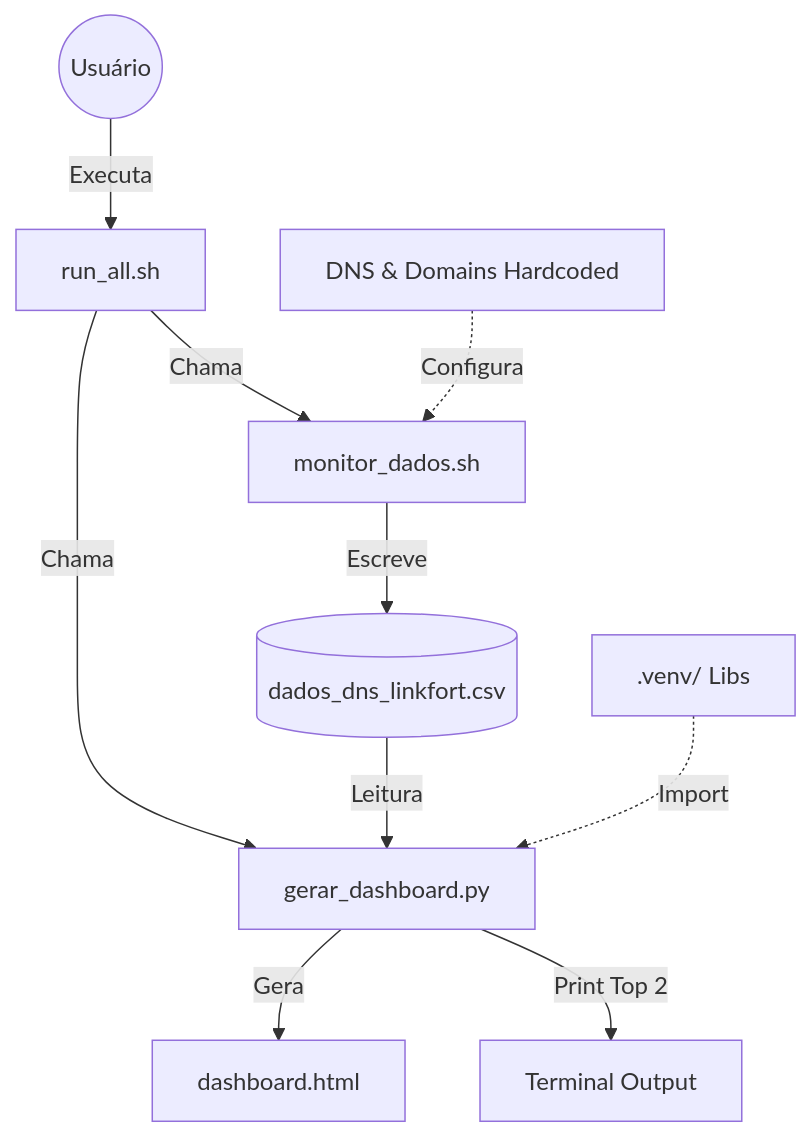
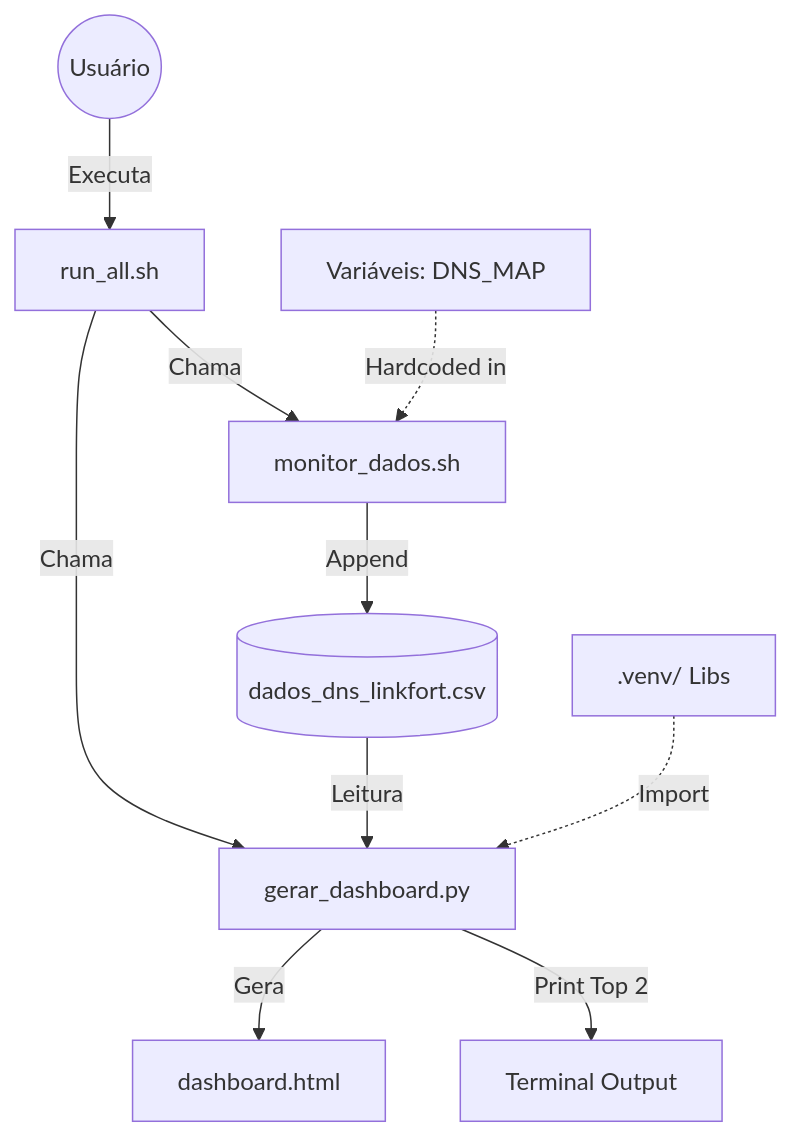
One commit to Gerson-Santiago/scriptbash changed the diagram in linkfort/ARQUITETURA.md. Above: the diagram before and after it, drawn with Mermaid. The commit also changed other lines of this file and 12 other files, not shown here.

````diff
--- a/linkfort/ARQUITETURA.md
+++ b/linkfort/ARQUITETURA.md
@@ -7,32 +7,32 @@
 ```mermaid
 graph TD
     %% Nós de Entrada e Configuração
     User((Usuário))
     Orchestrator[run_all.sh]
-    Config[DNS & Domains Hardcoded]
+    Config[Variáveis: DNS_MAP]
     
     %% Camada de Coleta
     Monitor[monitor_dados.sh]
     RawData[(dados_dns_linkfort.csv)]
     
     %% Camada de Processamento
     Analyzer[gerar_dashboard.py]
     Venv[.venv/ Libs]
     
     %% Saída
     Dashboard[dashboard.html]
     Console[Terminal Output]
 
     %% Fluxo
     User -->|Executa| Orchestrator
     Orchestrator -->|Chama| Monitor
-    Config -.->|Configura| Monitor
-    Monitor -->|Escreve| RawData
+    Config -.->|Hardcoded in| Monitor
+    Monitor -->|Append| RawData
     
     Orchestrator -->|Chama| Analyzer
     RawData -->|Leitura| Analyzer
     Venv -.->|Import| Analyzer
     
     Analyzer -->|Gera| Dashboard
     Analyzer -->|Print Top 2| Console
 ```
````
